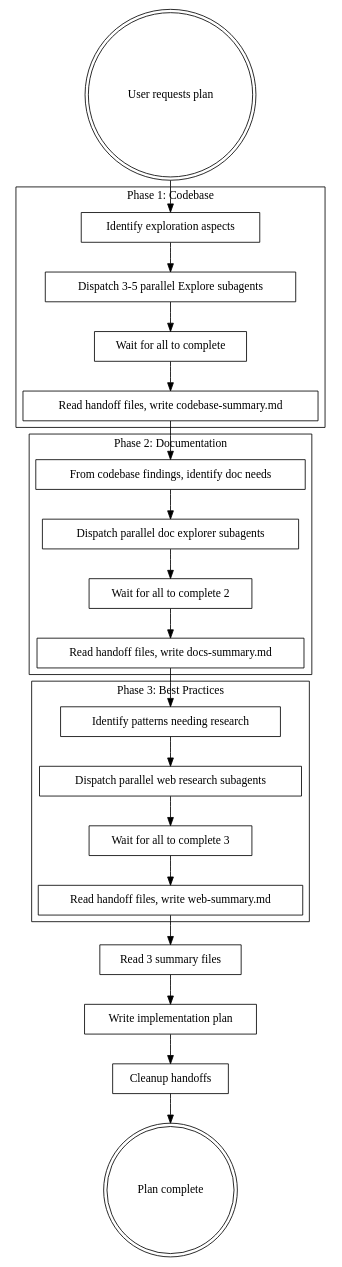
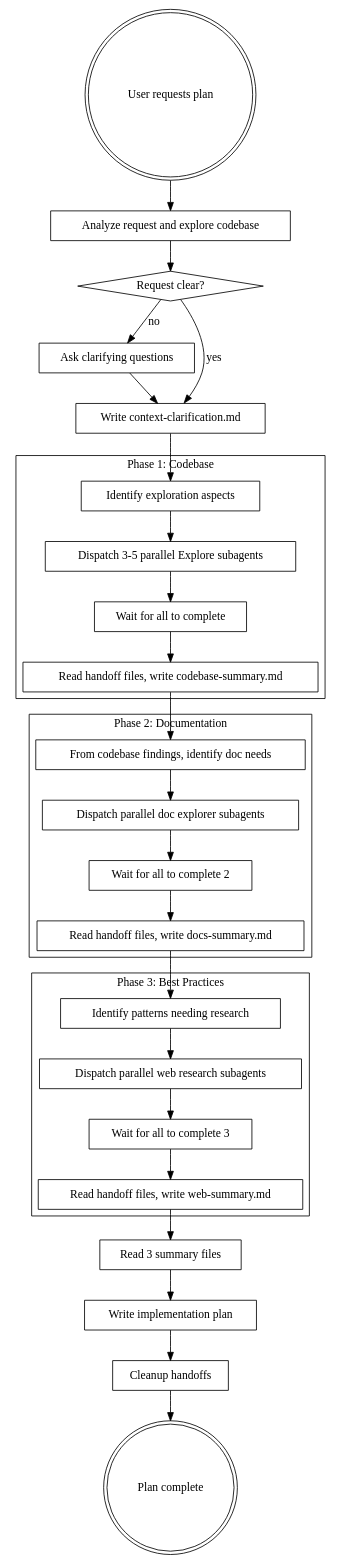
Before and after one commit to obra/superpowers: the diagram in skills/writing-plans/SKILL.md, drawn with Graphviz.

Commit message:
feat(writing-plans): update workflow diagram with clarification phase

````diff
--- a/skills/writing-plans/SKILL.md
+++ b/skills/writing-plans/SKILL.md
@@ -93,52 +93,61 @@
 ```dot
 digraph context_gathering {
     rankdir=TB;
 
     subgraph cluster_phase1 {
         label="Phase 1: Codebase";
         "Identify exploration aspects" [shape=box];
         "Dispatch 3-5 parallel Explore subagents" [shape=box];
         "Wait for all to complete" [shape=box];
         "Read handoff files, write codebase-summary.md" [shape=box];
     }
 
     subgraph cluster_phase2 {
         label="Phase 2: Documentation";
         "From codebase findings, identify doc needs" [shape=box];
         "Dispatch parallel doc explorer subagents" [shape=box];
         "Wait for all to complete 2" [shape=box];
         "Read handoff files, write docs-summary.md" [shape=box];
     }
 
     subgraph cluster_phase3 {
         label="Phase 3: Best Practices";
         "Identify patterns needing research" [shape=box];
         "Dispatch parallel web research subagents" [shape=box];
         "Wait for all to complete 3" [shape=box];
         "Read handoff files, write web-summary.md" [shape=box];
     }
 
     "User requests plan" [shape=doublecircle];
+    "Analyze request and explore codebase" [shape=box];
+    "Request clear?" [shape=diamond];
+    "Ask clarifying questions" [shape=box];
+    "Write context-clarification.md" [shape=box];
     "Read 3 summary files" [shape=box];
     "Write implementation plan" [shape=box];
     "Cleanup handoffs" [shape=box];
     "Plan complete" [shape=doublecircle];
 
-    "User requests plan" -> "Identify exploration aspects";
+    "User requests plan" -> "Analyze request and explore codebase";
+    "Analyze request and explore codebase" -> "Request clear?";
+    "Request clear?" -> "Write context-clarification.md" [label="yes"];
+    "Request clear?" -> "Ask clarifying questions" [label="no"];
+    "Ask clarifying questions" -> "Write context-clarification.md";
+    "Write context-clarification.md" -> "Identify exploration aspects";
     "Identify exploration aspects" -> "Dispatch 3-5 parallel Explore subagents";
     "Dispatch 3-5 parallel Explore subagents" -> "Wait for all to complete";
     "Wait for all to complete" -> "Read handoff files, write codebase-summary.md";
     "Read handoff files, write codebase-summary.md" -> "From codebase findings, identify doc needs";
     "From codebase findings, identify doc needs" -> "Dispatch parallel doc explorer subagents";
     "Dispatch parallel doc explorer subagents" -> "Wait for all to complete 2";
     "Wait for all to complete 2" -> "Read handoff files, write docs-summary.md";
     "Read handoff files, write docs-summary.md" -> "Identify patterns needing research";
     "Identify patterns needing research" -> "Dispatch parallel web research subagents";
     "Dispatch parallel web research subagents" -> "Wait for all to complete 3";
     "Wait for all to complete 3" -> "Read handoff files, write web-summary.md";
     "Read handoff files, write web-summary.md" -> "Read 3 summary files";
     "Read 3 summary files" -> "Write implementation plan";
     "Write implementation plan" -> "Cleanup handoffs";
     "Cleanup handoffs" -> "Plan complete";
 }
 ```
````
